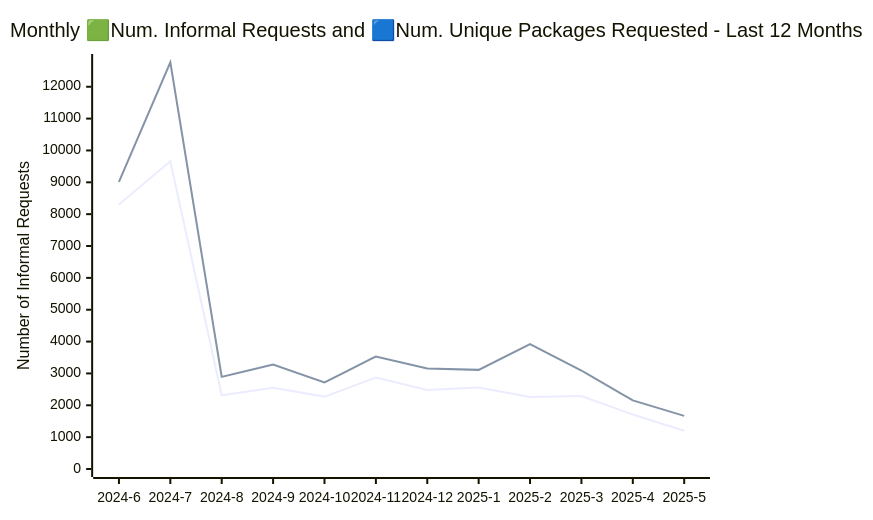
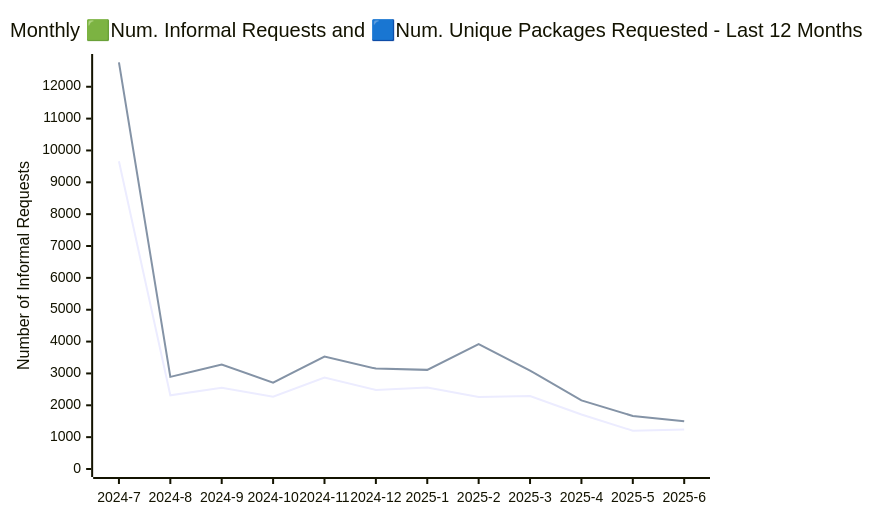
The diagram in ATI_INFORMAL_REPORT/readme.md (open-data/analytics-corporate-reporting), drawn with Mermaid before and after one commit. The commit also changed other lines of this file and 5 other files, not shown here.

````diff
--- a/ATI_INFORMAL_REPORT/readme.md
+++ b/ATI_INFORMAL_REPORT/readme.md
@@ -17,11 +17,11 @@
 ```mermaid
 
 xychart-beta
     title "Monthly 🟩Num. Informal Requests and 🟦Num. Unique Packages Requested - Last 12 Months"
-    x-axis [2024-6, 2024-7, 2024-8, 2024-9, 2024-10, 2024-11, 2024-12, 2025-1, 2025-2, 2025-3, 2025-4, 2025-5]
+    x-axis [2024-7, 2024-8, 2024-9, 2024-10, 2024-11, 2024-12, 2025-1, 2025-2, 2025-3, 2025-4, 2025-5, 2025-6]
     y-axis "Unique Packages" 0 --> 10096
     y-axis "Number of Informal Requests" 0 --> 12777
 
-    line [8306, 9660, 2315, 2553, 2273, 2871, 2479, 2555, 2263, 2292, 1711, 1202]
-    line [9011, 12767, 2892, 3279, 2715, 3531, 3152, 3112, 3920, 3092, 2153, 1667]
+    line [9660, 2315, 2553, 2271, 2870, 2479, 2555, 2263, 2291, 1711, 1202, 1240]
+    line [12767, 2892, 3279, 2713, 3530, 3152, 3112, 3920, 3091, 2153, 1667, 1499]
 ```
````
